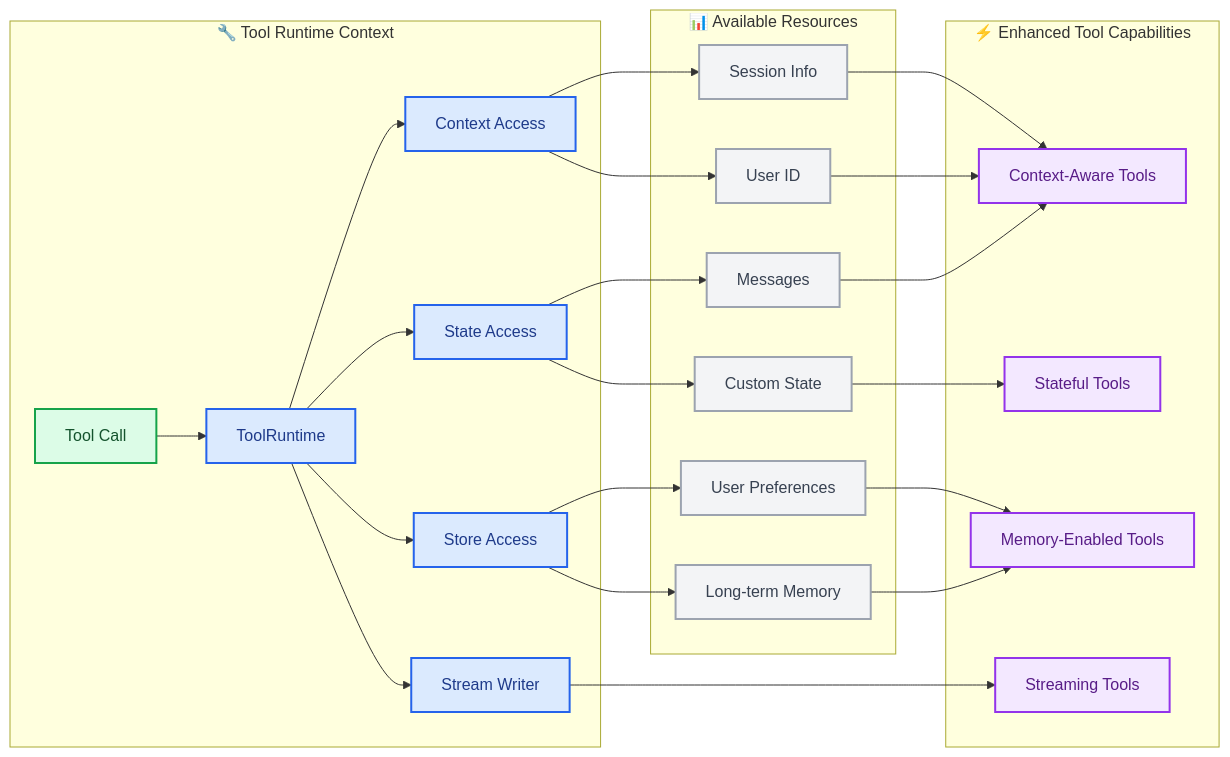
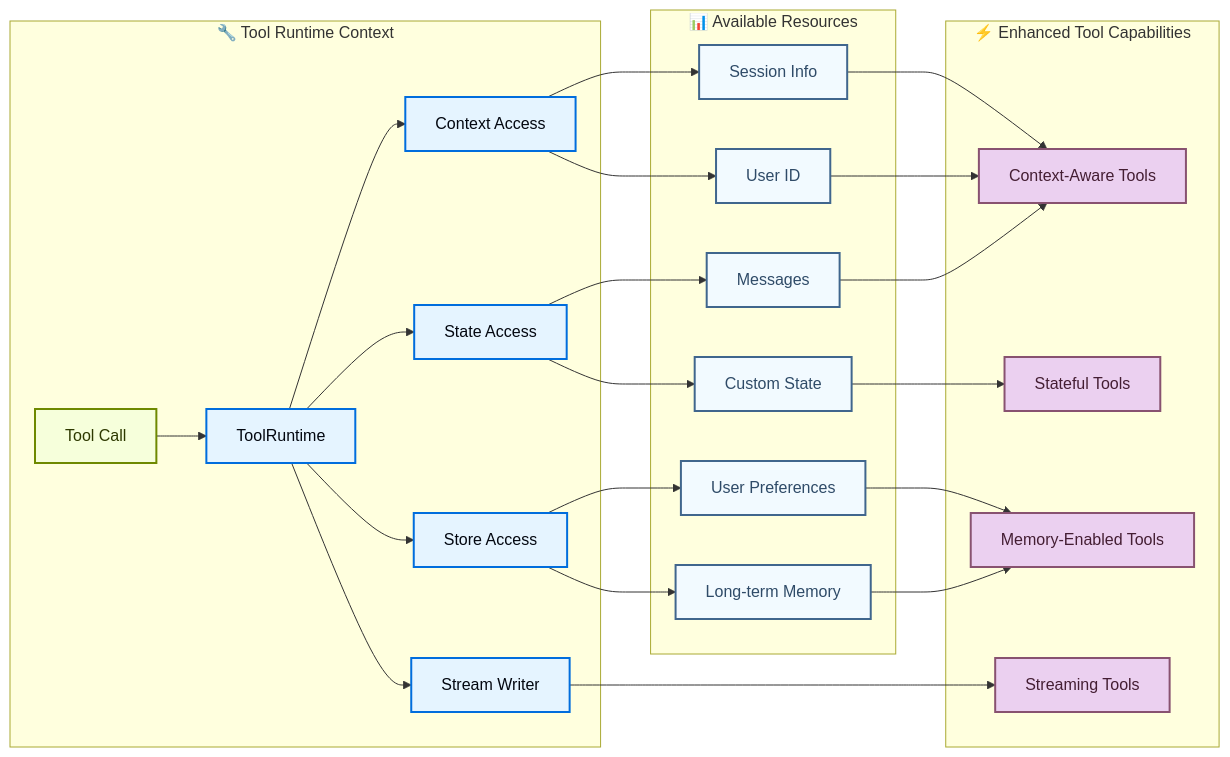
The diagram in oss/python/langchain/tools.mdx (kunfan96/cndocs-langchain), drawn with Mermaid before and after one commit. The commit also changed other lines of this file and 2538 other files, not shown here.

````diff
--- a/oss/python/langchain/tools.mdx
+++ b/oss/python/langchain/tools.mdx
@@ -161,48 +162,48 @@
 ```mermaid
 graph LR
     %% Runtime Context
     subgraph "🔧 Tool Runtime Context"
         A[Tool Call] --> B[ToolRuntime]
         B --> C[State Access]
         B --> D[Context Access]
         B --> E[Store Access]
         B --> F[Stream Writer]
     end
 
     %% Available Resources
     subgraph "📊 Available Resources"
         C --> G[Messages]
         C --> H[Custom State]
         D --> I[User ID]
         D --> J[Session Info]
         E --> K[Long-term Memory]
         E --> L[User Preferences]
     end
 
     %% Tool Capabilities
     subgraph "⚡ Enhanced Tool Capabilities"
         M[Context-Aware Tools]
         N[Stateful Tools]
         O[Memory-Enabled Tools]
         P[Streaming Tools]
     end
 
     %% Connections
     G --> M
     H --> N
     I --> M
     J --> M
     K --> O
     L --> O
     F --> P
 
-    classDef trigger fill:#DCFCE7,stroke:#16A34A,stroke-width:2px,color:#14532D
-    classDef process fill:#DBEAFE,stroke:#2563EB,stroke-width:2px,color:#1E3A8A
-    classDef output fill:#F3E8FF,stroke:#9333EA,stroke-width:2px,color:#581C87
-    classDef neutral fill:#F3F4F6,stroke:#9CA3AF,stroke-width:2px,color:#374151
+    classDef trigger fill:#F6FFDB,stroke:#6E8900,stroke-width:2px,color:#2E3900
+    classDef process fill:#E5F4FF,stroke:#006DDD,stroke-width:2px,color:#030710
+    classDef output fill:#EBD0F0,stroke:#885270,stroke-width:2px,color:#441E33
+    classDef neutral fill:#F2FAFF,stroke:#40668D,stroke-width:2px,color:#2F4B68
 
     class A trigger
     class B,C,D,E,F process
     class G,H,I,J,K,L neutral
     class M,N,O,P output
 ```
````
